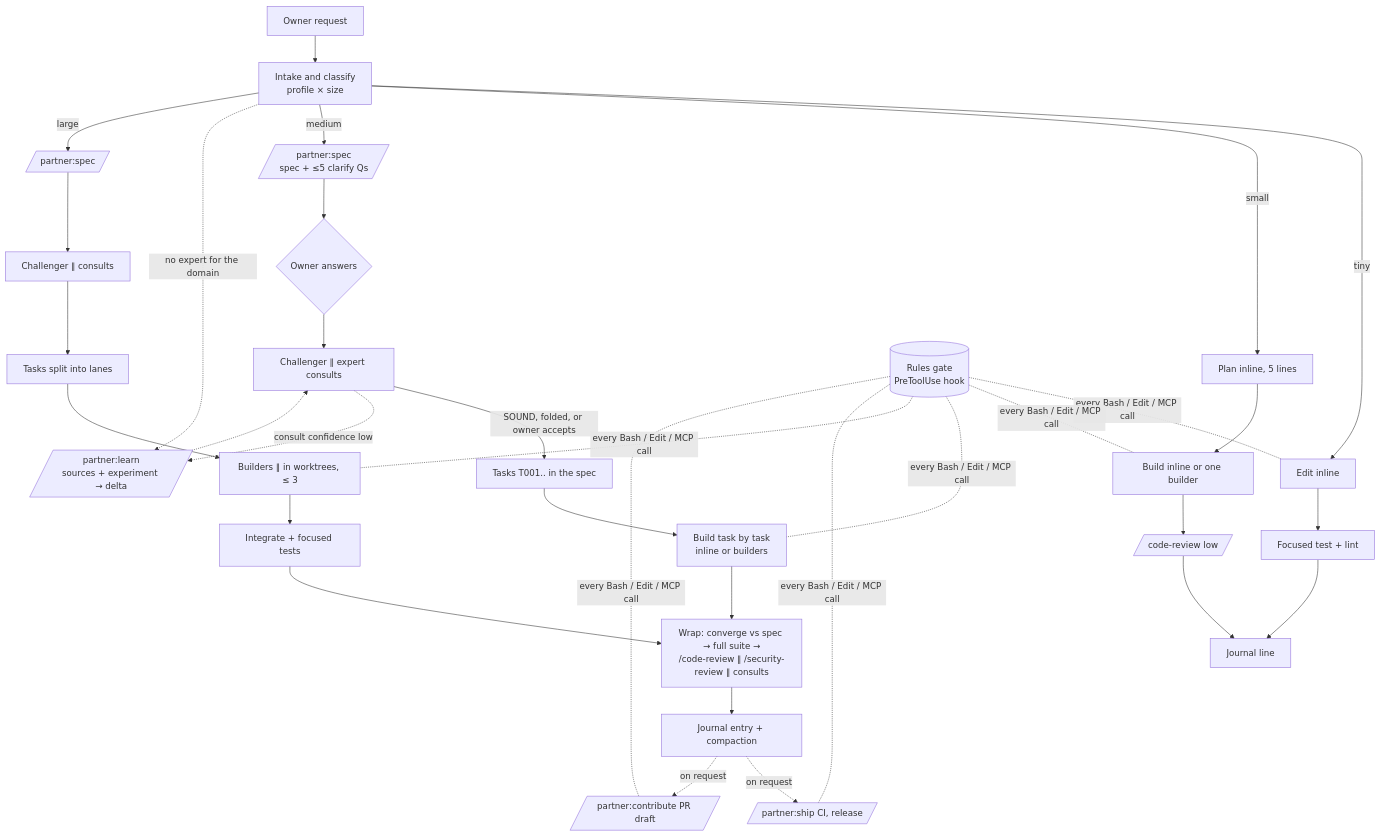
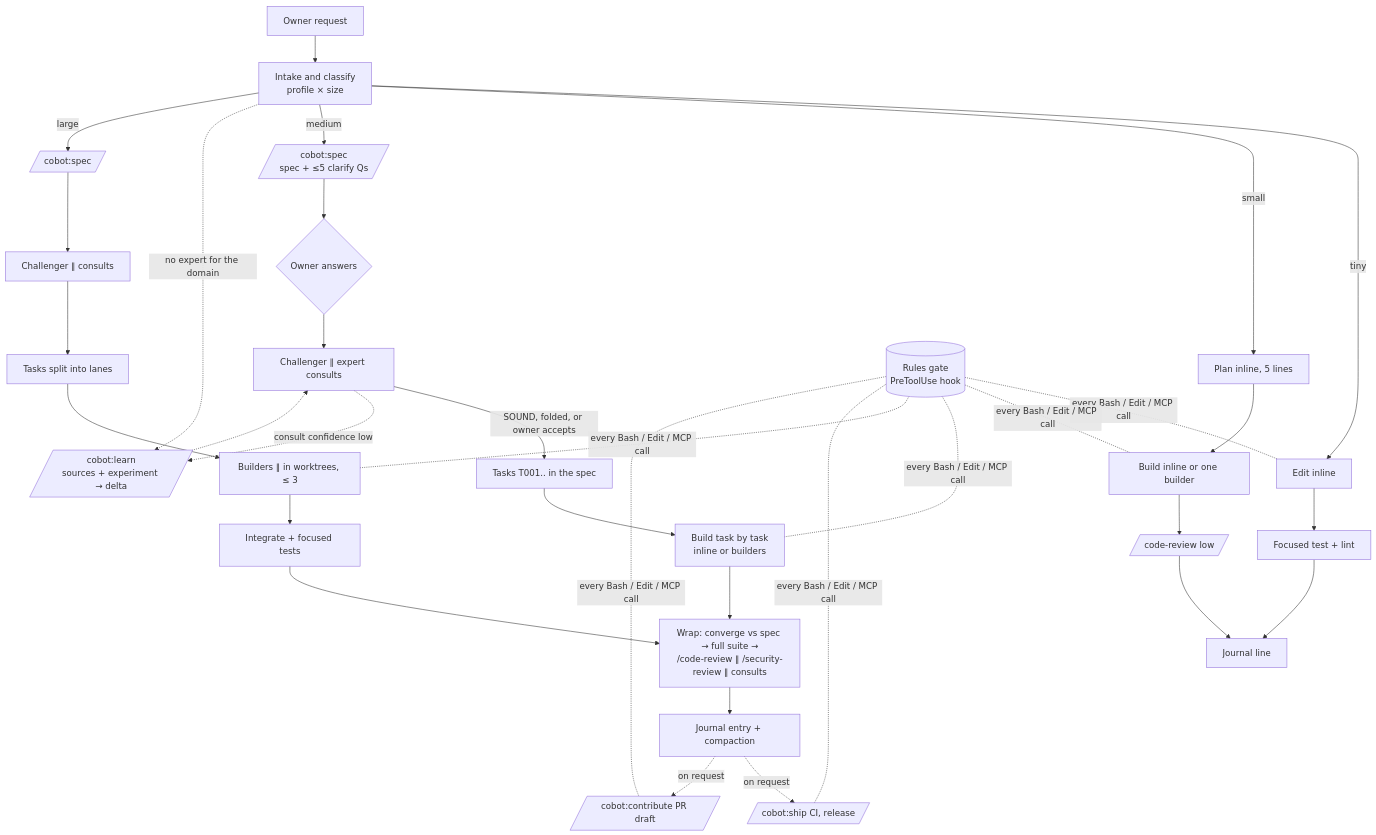
The diagram in docs/02-design.md (YpNo/cobot), drawn with Mermaid before and after one commit. The commit also changed other lines of this file and 205 other files, not shown here.

````diff
--- a/docs/02-design.md
+++ b/docs/02-design.md
@@ -115,19 +115,19 @@
 ```mermaid
 flowchart TD
     U[Owner request] --> I[Intake and classify<br/>profile × size]
     I -->|tiny| T1[Edit inline] --> T2[Focused test + lint] --> J[Journal line]
     I -->|small| S1[Plan inline, 5 lines] --> S2[Build inline or one builder] --> S3[/code-review low/] --> J
-    I -->|medium| M1[/partner:spec<br/>spec + ≤5 clarify Qs/] --> M2{Owner answers}
+    I -->|medium| M1[/cobot:spec<br/>spec + ≤5 clarify Qs/] --> M2{Owner answers}
     M2 --> M3[Challenger ∥ expert consults]
     M3 -->|SOUND, folded, or owner accepts| M4[Tasks T001.. in the spec]
     M4 --> M5[Build task by task<br/>inline or builders] --> W
-    I -.->|no expert for the domain| LN[/partner:learn<br/>sources + experiment → delta/]
+    I -.->|no expert for the domain| LN[/cobot:learn<br/>sources + experiment → delta/]
     M3 -.->|consult confidence low| LN
     LN -.-> M3
-    I -->|large| L1[/partner:spec/] --> L2[Challenger ∥ consults] --> L3[Tasks split into lanes]
+    I -->|large| L1[/cobot:spec/] --> L2[Challenger ∥ consults] --> L3[Tasks split into lanes]
     L3 --> L4[Builders ∥ in worktrees, ≤ 3] --> L5[Integrate + focused tests] --> W
     W[Wrap: converge vs spec → full suite →<br/>/code-review ∥ /security-review ∥ consults] --> J2[Journal entry + compaction]
-    J2 -.->|on request| SH[/partner:ship CI, release/]
-    J2 -.->|on request| CO[/partner:contribute PR draft/]
+    J2 -.->|on request| SH[/cobot:ship CI, release/]
+    J2 -.->|on request| CO[/cobot:contribute PR draft/]
     R[(Rules gate<br/>PreToolUse hook)] -. every Bash / Edit / MCP call .- T1 & S2 & M5 & L4 & SH & CO
 ```
````
